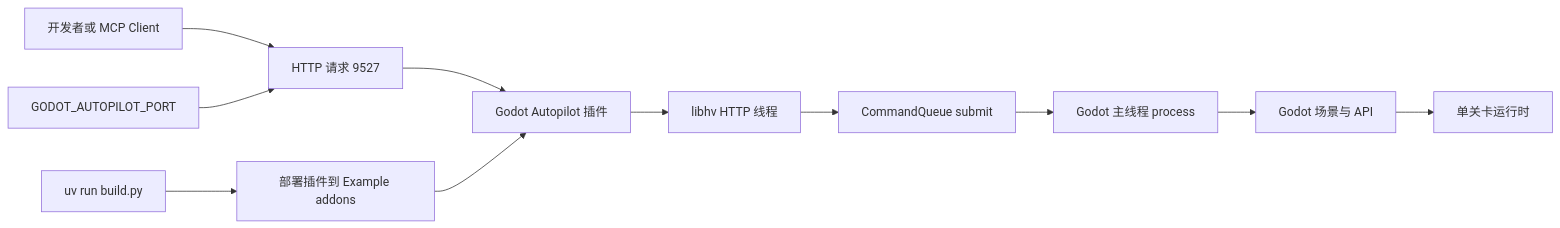
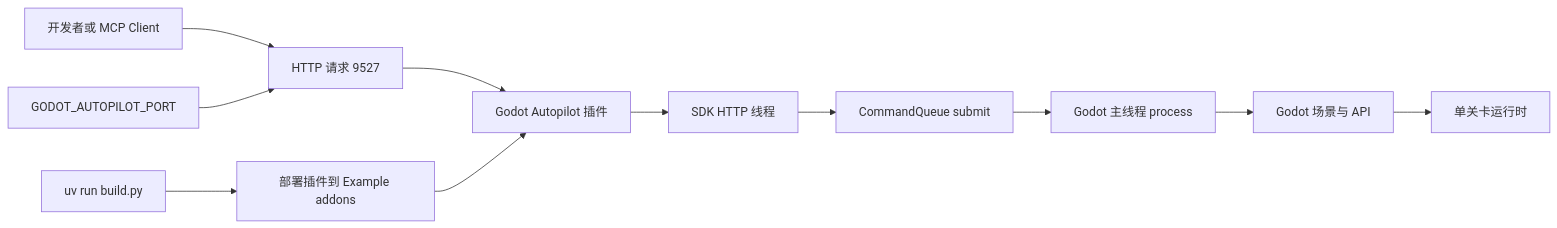
The sixth of 6 diagrams in Example/docs/architecture.md (jesspig/Godot-Autopilot), drawn with Mermaid before and after one commit. The commit also changed 11 other files, not shown here.

````diff
--- a/Example/docs/architecture.md
+++ b/Example/docs/architecture.md
@@ -289,13 +289,13 @@
 ```mermaid
 flowchart LR
     Dev[开发者或 MCP Client] --> HTTP[HTTP 请求 9527]
     HTTP --> Plugin[Godot Autopilot 插件]
-    Plugin --> Worker[libhv HTTP 线程]
+    Plugin --> Worker[SDK HTTP 线程]
     Worker --> Queue[CommandQueue submit]
     Queue --> Main[Godot 主线程 process]
     Main --> Godot[Godot 场景与 API]
     Godot --> Game[单关卡运行时]
     Build[uv run build.py] --> Deploy[部署插件到 Example addons]
     Deploy --> Plugin
     Env[GODOT_AUTOPILOT_PORT] --> HTTP
 ```
````
